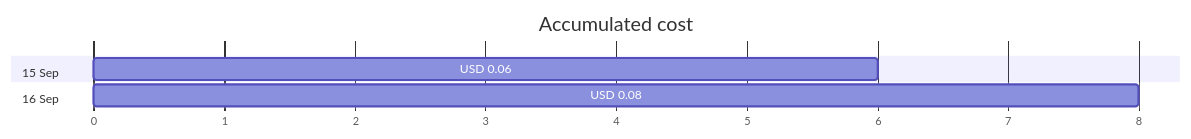
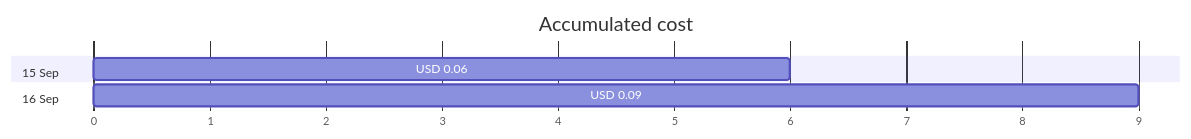
The first of 4 diagrams in cost-reports/personal-network/vpn-server_OsDisk.md (jpfulton/azure-personal-reports), drawn with Mermaid before and after one commit. The commit also changed other lines of this file and 16 other files, not shown here.

````diff
--- a/cost-reports/personal-network/vpn-server_OsDisk.md
+++ b/cost-reports/personal-network/vpn-server_OsDisk.md
@@ -20,10 +20,10 @@
 ```mermaid
 gantt
    title Accumulated cost
    dateFormat  X
    axisFormat %s
    section 15 Sep
    USD 0.06 :0, 6
    section 16 Sep
-   USD 0.08 :0, 8
+   USD 0.09 :0, 9
 ```
````
